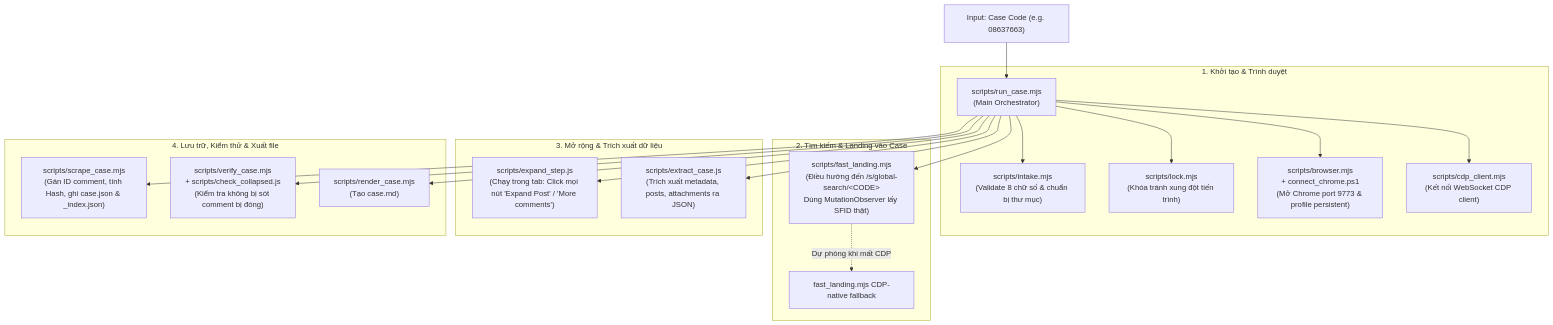
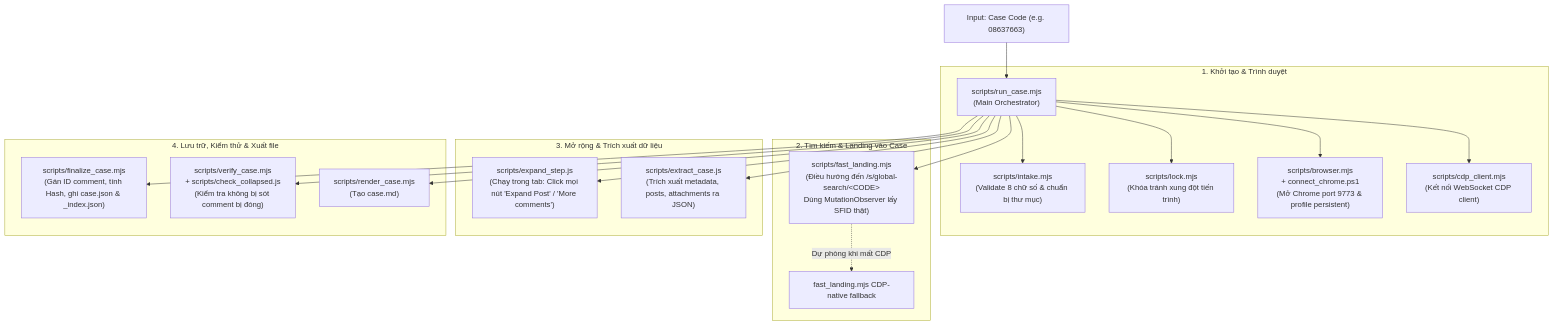
The third of 4 diagrams in docs/DESIGN.md (congtubkbn/qualcomm-case-agent), drawn with Mermaid before and after one commit. The commit also changed other lines of this file and 1 other file, not shown here.

Commit message:
docs(qcomm): update stale scrape_case.mjs references to finalize_case.mjs (#230)

````diff
--- a/docs/DESIGN.md
+++ b/docs/DESIGN.md
@@ -112,27 +112,27 @@
 ```mermaid
 flowchart TD
   User["Input: Case Code (e.g. 08637663)"] --> RunCase["scripts/run_case.mjs<br/>(Main Orchestrator)"]
   
   subgraph KhởiTạo["1. Khởi tạo & Trình duyệt"]
     RunCase --> Intake["scripts/intake.mjs<br/>(Validate 8 chữ số & chuẩn bị thư mục)"]
     RunCase --> Lock["scripts/lock.mjs<br/>(Khóa tránh xung đột tiến trình)"]
     RunCase --> Browser["scripts/browser.mjs<br/>+ connect_chrome.ps1<br/>(Mở Chrome port 9773 & profile persistent)"]
     RunCase --> CDP["scripts/cdp_client.mjs<br/>(Kết nối WebSocket CDP client)"]
   end
 
   subgraph ĐiềuHướng["2. Tìm kiếm & Landing vào Case"]
     RunCase --> FastLanding["scripts/fast_landing.mjs<br/>(Điều hướng đến /s/global-search/&lt;CODE&gt;<br/>Dùng MutationObserver lấy SFID thật)"]
     FastLanding -.->|Dự phòng khi mất CDP| Fallback["fast_landing.mjs CDP-native fallback"]
   end
 
   subgraph ThuThập["3. Mở rộng & Trích xuất dữ liệu"]
     RunCase --> Expand["scripts/expand_step.js<br/>(Chạy trong tab: Click mọi nút 'Expand Post' / 'More comments')"]
     RunCase --> Extract["scripts/extract_case.js<br/>(Trích xuất metadata, posts, attachments ra JSON)"]
   end
 
   subgraph XửLýLưuTrữ["4. Lưu trữ, Kiểm thử & Xuất file"]
-    RunCase --> Scrape["scripts/scrape_case.mjs<br/>(Gán ID comment, tính Hash, ghi case.json & _index.json)"]
+    RunCase --> Finalize["scripts/finalize_case.mjs<br/>(Gán ID comment, tính Hash, ghi case.json & _index.json)"]
     RunCase --> Verify["scripts/verify_case.mjs<br/>+ scripts/check_collapsed.js<br/>(Kiểm tra không bị sót comment bị đóng)"]
     RunCase --> Render["scripts/render_case.mjs<br/>(Tạo case.md)"]
   end
 ```
````
